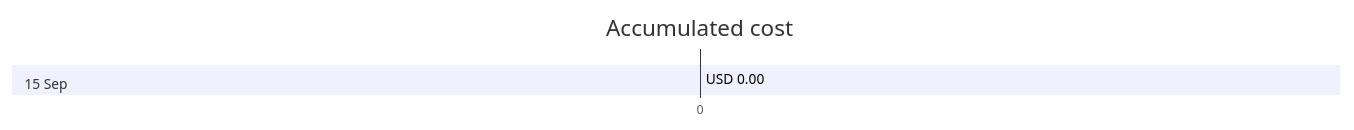
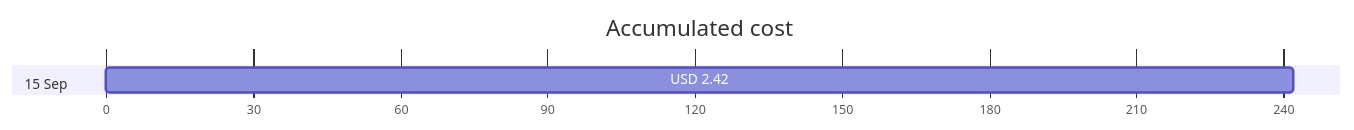
The first of 4 diagrams in cost-reports/personal-network/backupstorage32f3.md (jpfulton/azure-personal-reports), drawn with Mermaid before and after one commit. The commit also changed other lines of this file and 17 other files, not shown here.

````diff
--- a/cost-reports/personal-network/backupstorage32f3.md
+++ b/cost-reports/personal-network/backupstorage32f3.md
@@ -20,8 +20,8 @@
 ```mermaid
 gantt
    title Accumulated cost
    dateFormat  X
    axisFormat %s
    section 15 Sep
-   USD 0.00 :0, 0
+   USD 2.42 :0, 242
 ```
````
